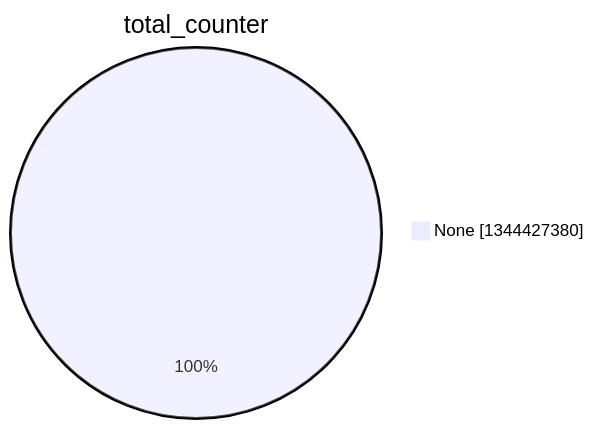
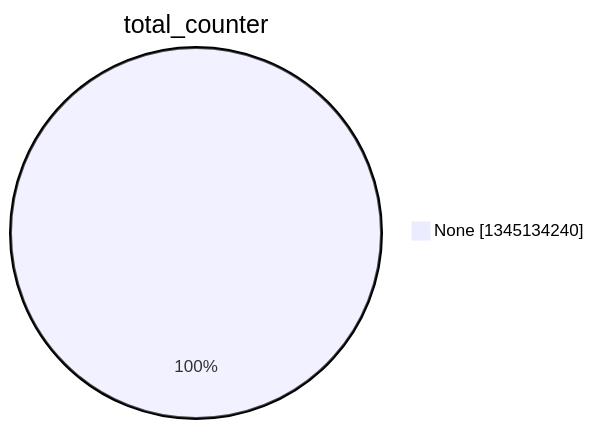
The second of 15 diagrams in argon2022/README.md (christiankrug/ctmonitor_visualization), drawn with Mermaid before and after one commit. The commit also changed other lines of this file, not shown here.

````diff
--- a/argon2022/README.md
+++ b/argon2022/README.md
@@ -9,5 +9,5 @@
 ```mermaid
 pie showData
 title total_counter
-"None" :1344427380
+"None" :1345134240
 ```
````
